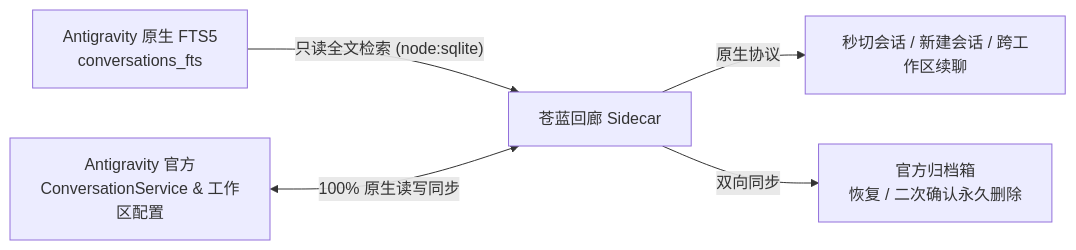
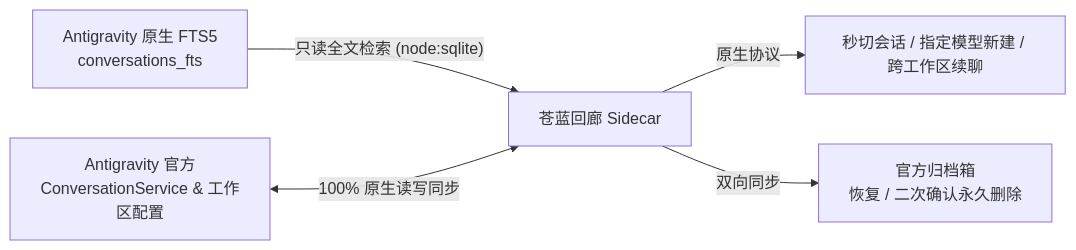
The diagram in README.md (A16Nights/antigravity-azure-corridor), drawn with Mermaid before and after one commit. The commit also changed other lines of this file and 17 other files, not shown here.

````diff
--- a/README.md
+++ b/README.md
@@ -100,7 +105,7 @@
 ```mermaid
 flowchart LR
   DB["Antigravity 原生 FTS5<br/>conversations_fts"] -->|"只读全文检索 (node:sqlite)"| C["苍蓝回廊 Sidecar"]
   SVC["Antigravity 官方<br/>ConversationService &amp; 工作区配置"] <-->|"100% 原生读写同步"| C
-  C -->|"原生协议"| AGY["秒切会话 / 新建会话 / 跨工作区续聊"]
+  C -->|"原生协议"| AGY["秒切会话 / 指定模型新建 / 跨工作区续聊"]
   C -->|"双向同步"| ARC["官方归档箱<br/>恢复 / 二次确认永久删除"]
 ```
````
